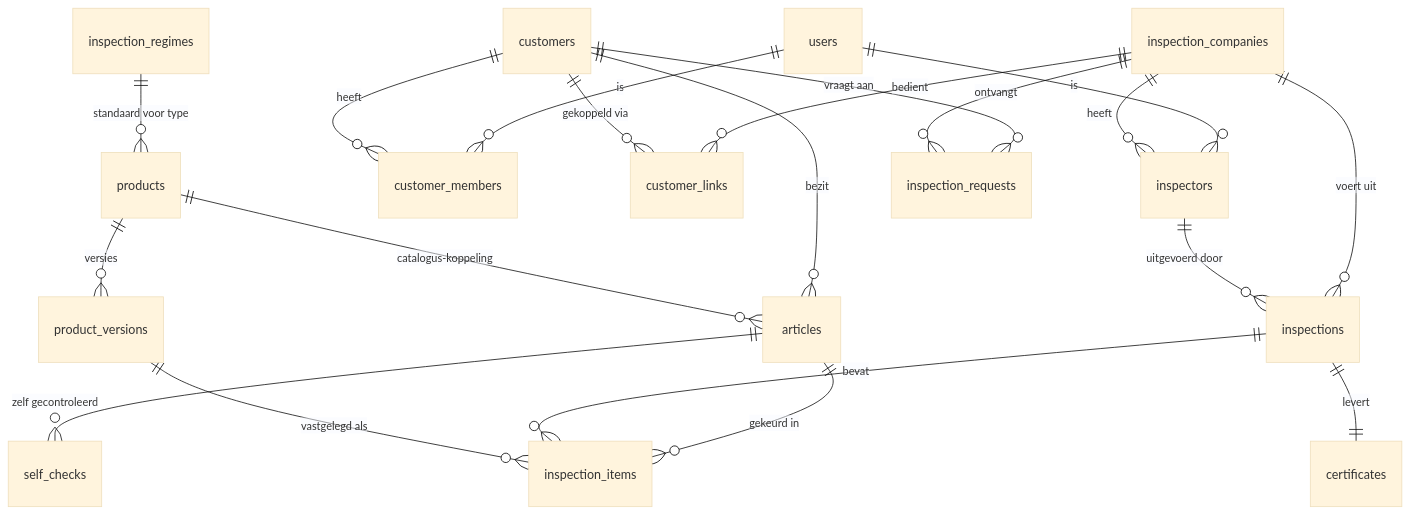
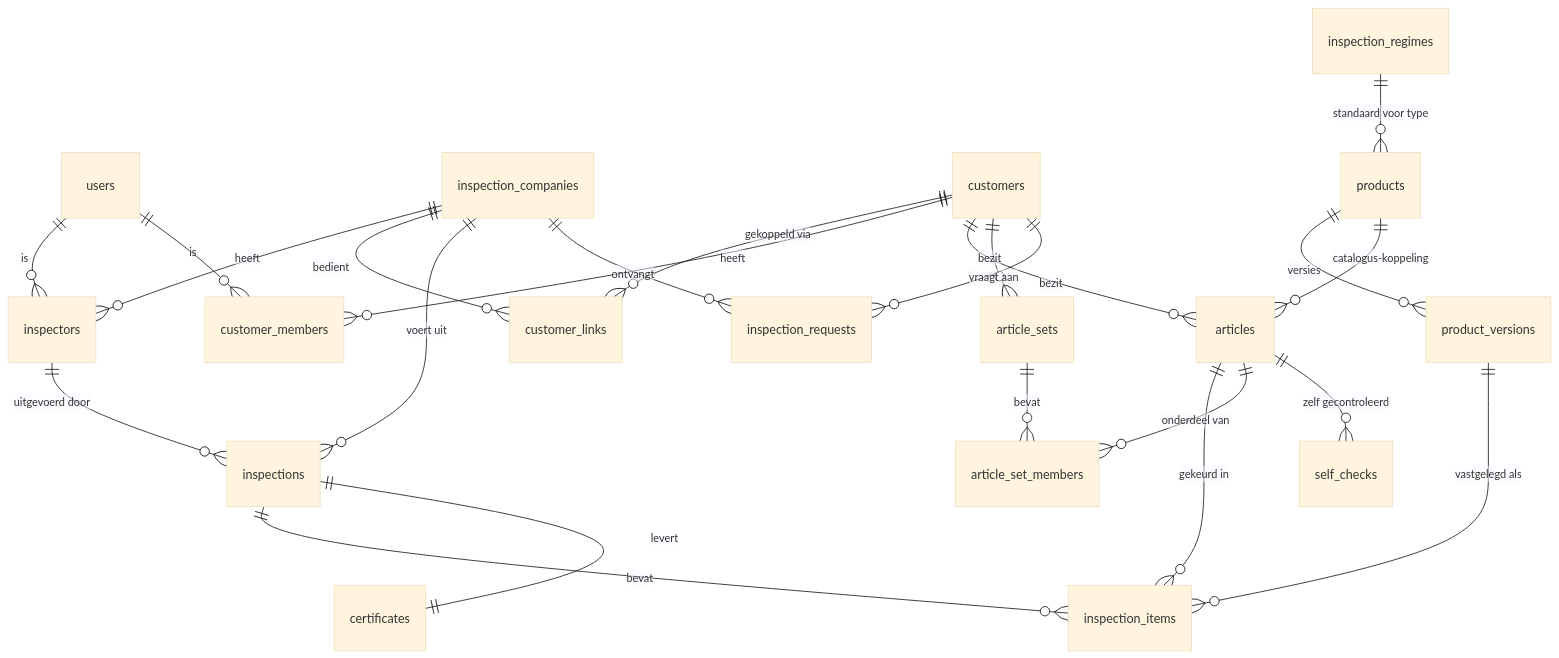
One commit to klimkeurpro/klimkeur-pro changed the diagram in DATAMODEL.md. Above: the diagram before and after it, drawn with Mermaid (base theme). The commit also changed other lines of this file, not shown here.

Commit message:
feat: article sets toegevoegd (article_sets + article_set_members)

````diff
--- a/DATAMODEL.md
+++ b/DATAMODEL.md
@@ -33,22 +36,25 @@
 ```mermaid
 erDiagram
     users ||--o{ inspectors : "is"
     users ||--o{ customer_members : "is"
     inspection_companies ||--o{ inspectors : "heeft"
     inspection_companies ||--o{ customer_links : "bedient"
     customers ||--o{ customer_links : "gekoppeld via"
     customers ||--o{ customer_members : "heeft"
     customers ||--o{ articles : "bezit"
+    customers ||--o{ article_sets : "bezit"
     products ||--o{ product_versions : "versies"
     products ||--o{ articles : "catalogus-koppeling"
     articles ||--o{ inspection_items : "gekeurd in"
+    articles ||--o{ article_set_members : "onderdeel van"
+    article_sets ||--o{ article_set_members : "bevat"
     inspections ||--o{ inspection_items : "bevat"
     inspection_companies ||--o{ inspections : "voert uit"
     inspectors ||--o{ inspections : "uitgevoerd door"
     product_versions ||--o{ inspection_items : "vastgelegd als"
     inspections ||--|| certificates : "levert"
     customers ||--o{ inspection_requests : "vraagt aan"
     inspection_companies ||--o{ inspection_requests : "ontvangt"
     inspection_regimes ||--o{ products : "standaard voor type"
     articles ||--o{ self_checks : "zelf gecontroleerd"
 ```
````
